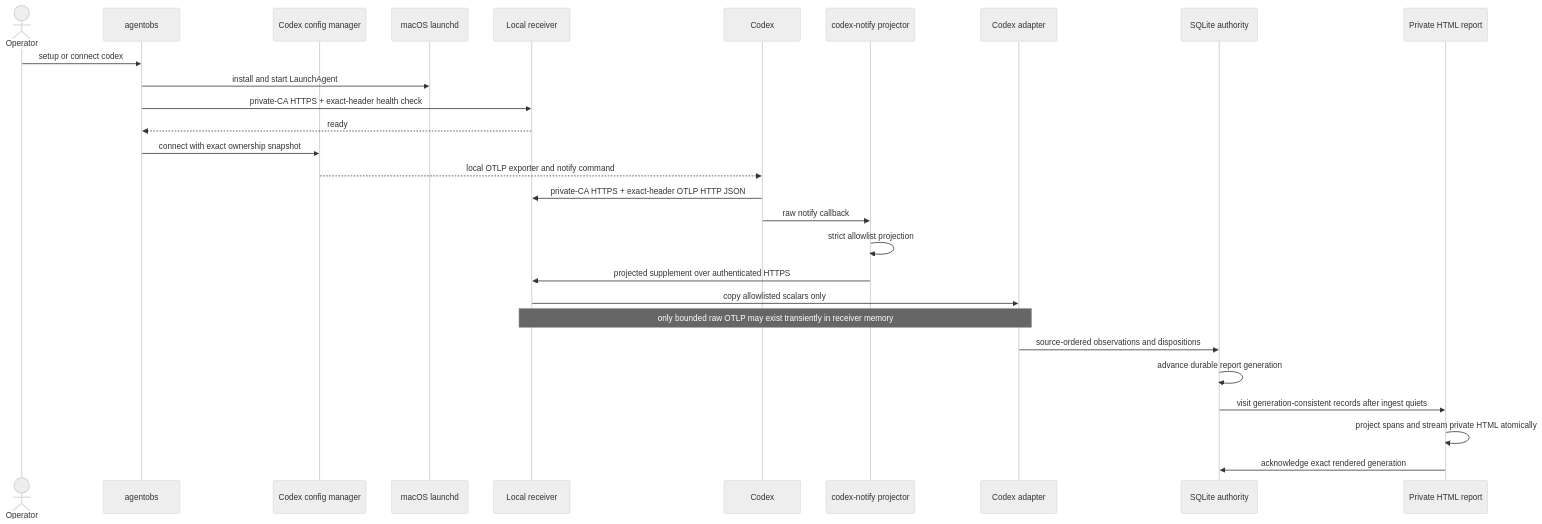
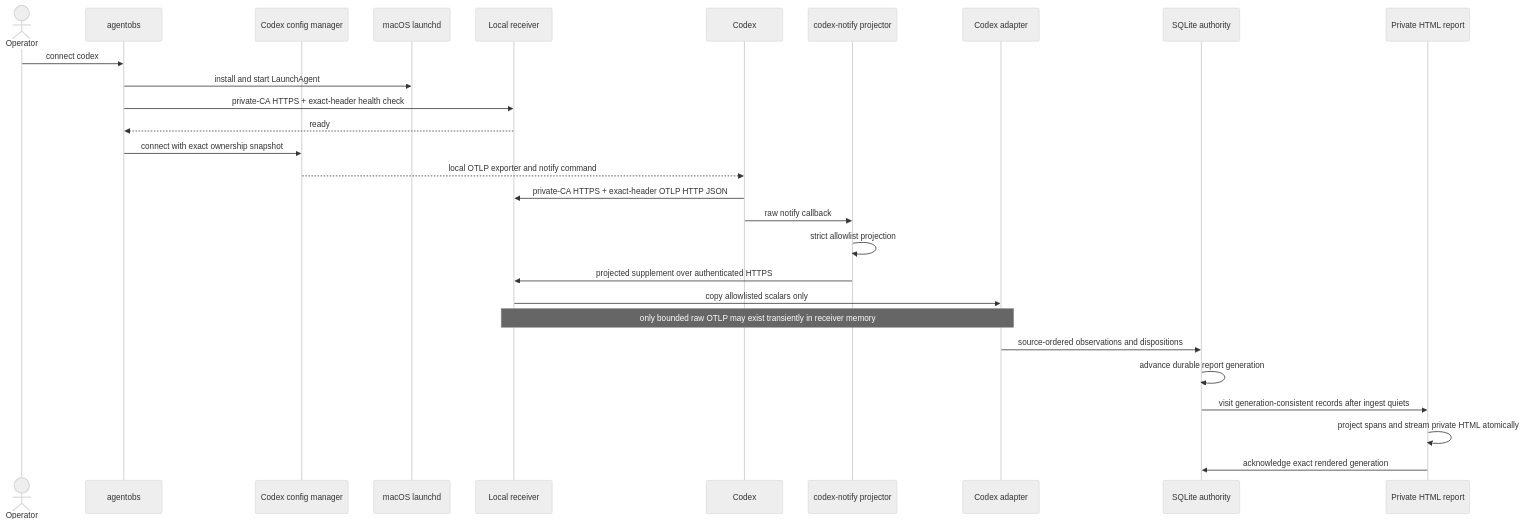
The second of 8 diagrams in docs/COLLECTION_FLOW.md (MCprotein/agent-observability), drawn with Mermaid (neutral theme) before and after one commit. The commit also changed other lines of this file and 2 other files, not shown here.

````diff
--- a/docs/COLLECTION_FLOW.md
+++ b/docs/COLLECTION_FLOW.md
@@ -73,31 +73,31 @@
 ```mermaid
 sequenceDiagram
     actor Operator
     participant CLI as agentobs
     participant Config as Codex config manager
     participant Launchd as macOS launchd
     participant Receiver as Local receiver
     participant Codex
     participant Notify as codex-notify projector
     participant Adapter as Codex adapter
     participant Store as SQLite authority
     participant Report as Private HTML report
 
-    Operator->>CLI: setup or connect codex
+    Operator->>CLI: connect codex
     CLI->>Launchd: install and start LaunchAgent
     CLI->>Receiver: private-CA HTTPS + exact-header health check
     Receiver-->>CLI: ready
     CLI->>Config: connect with exact ownership snapshot
     Config-->>Codex: local OTLP exporter and notify command
     Codex->>Receiver: private-CA HTTPS + exact-header OTLP HTTP JSON
     Codex->>Notify: raw notify callback
     Notify->>Notify: strict allowlist projection
     Notify->>Receiver: projected supplement over authenticated HTTPS
     Receiver->>Adapter: copy allowlisted scalars only
     Note over Receiver,Adapter: only bounded raw OTLP may exist transiently in receiver memory
     Adapter->>Store: source-ordered observations and dispositions
     Store->>Store: advance durable report generation
     Store->>Report: visit generation-consistent records after ingest quiets
     Report->>Report: project spans and stream private HTML atomically
     Report->>Store: acknowledge exact rendered generation
 ```
````
